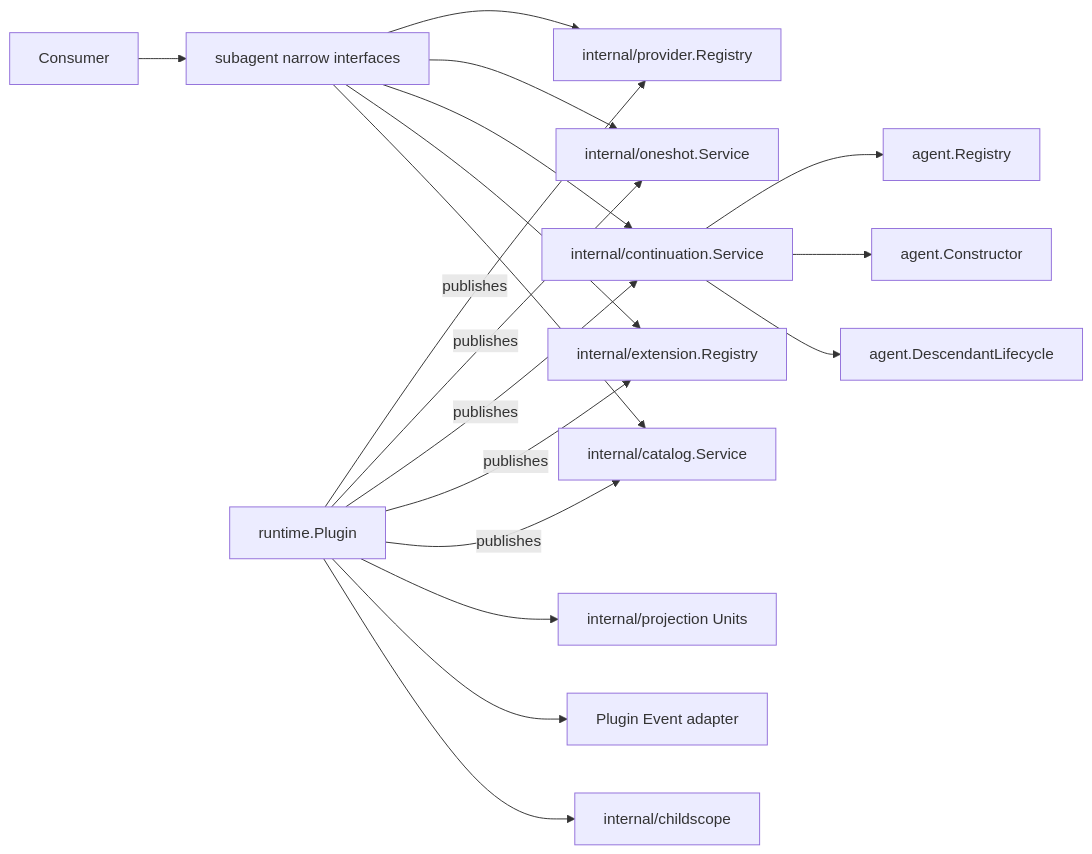
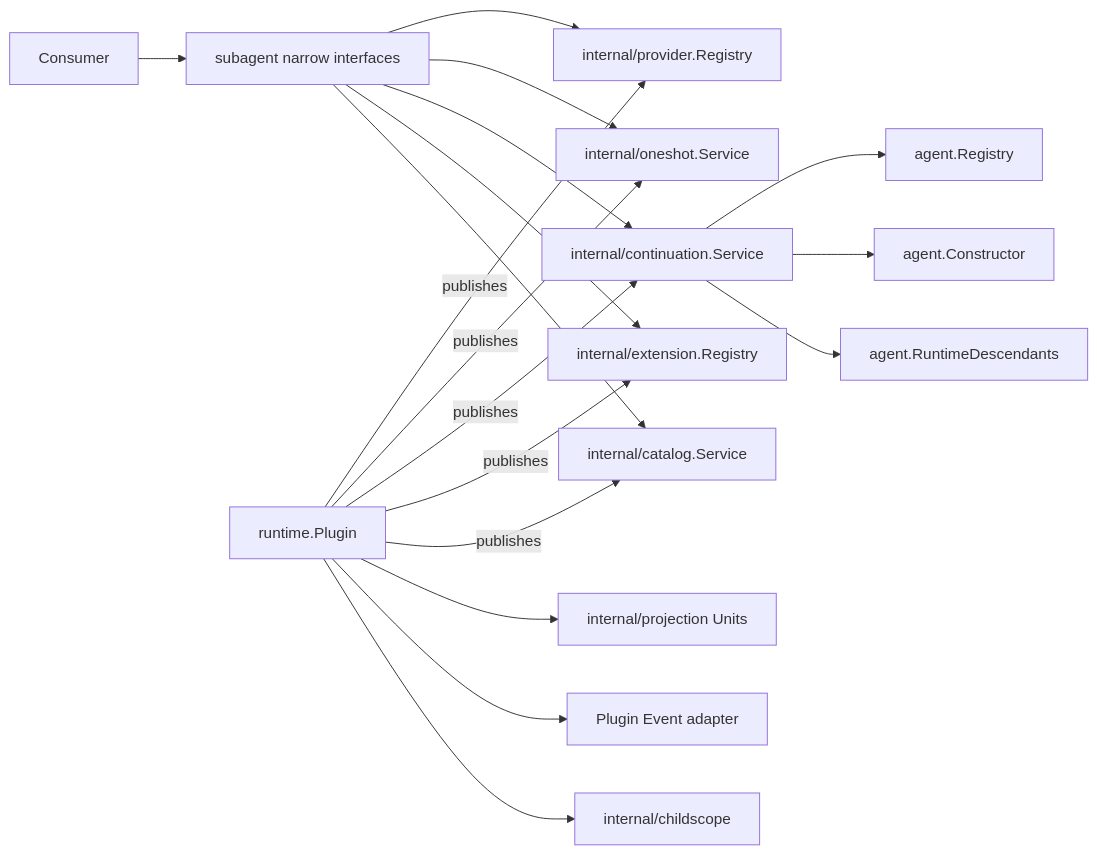
The diagram in subagent/runtime/README.zh-CN.md (gorenx/goren), drawn with Mermaid before and after one commit. The commit also changed other lines of this file and 14 other files, not shown here.

Commit message:
docs(agent): finalize lifecycle refactor design

````diff
--- a/subagent/runtime/README.zh-CN.md
+++ b/subagent/runtime/README.zh-CN.md
@@ -9,20 +9,20 @@
 ```mermaid
 flowchart LR
     Consumer --> Contracts[subagent narrow interfaces]
     Plugin[runtime.Plugin] -->|publishes| Provider[internal/provider.Registry]
     Plugin -->|publishes| OneShot[internal/oneshot.Service]
     Plugin -->|publishes| Continuation[internal/continuation.Service]
     Plugin -->|publishes| Extension[internal/extension.Registry]
     Plugin -->|publishes| Catalog[internal/catalog.Service]
     Contracts --> Provider
     Contracts --> OneShot
     Contracts --> Continuation
     Contracts --> Extension
     Contracts --> Catalog
     Plugin --> Projection[internal/projection Units]
     Plugin --> Events[Plugin Event adapter]
     Plugin --> ChildScope[internal/childscope]
     Continuation --> AgentRegistry[agent.Registry]
     Continuation --> Constructor[agent.Constructor]
-    Continuation --> Descendants[agent.DescendantLifecycle]
+    Continuation --> Descendants[agent.RuntimeDescendants]
 ```
````
